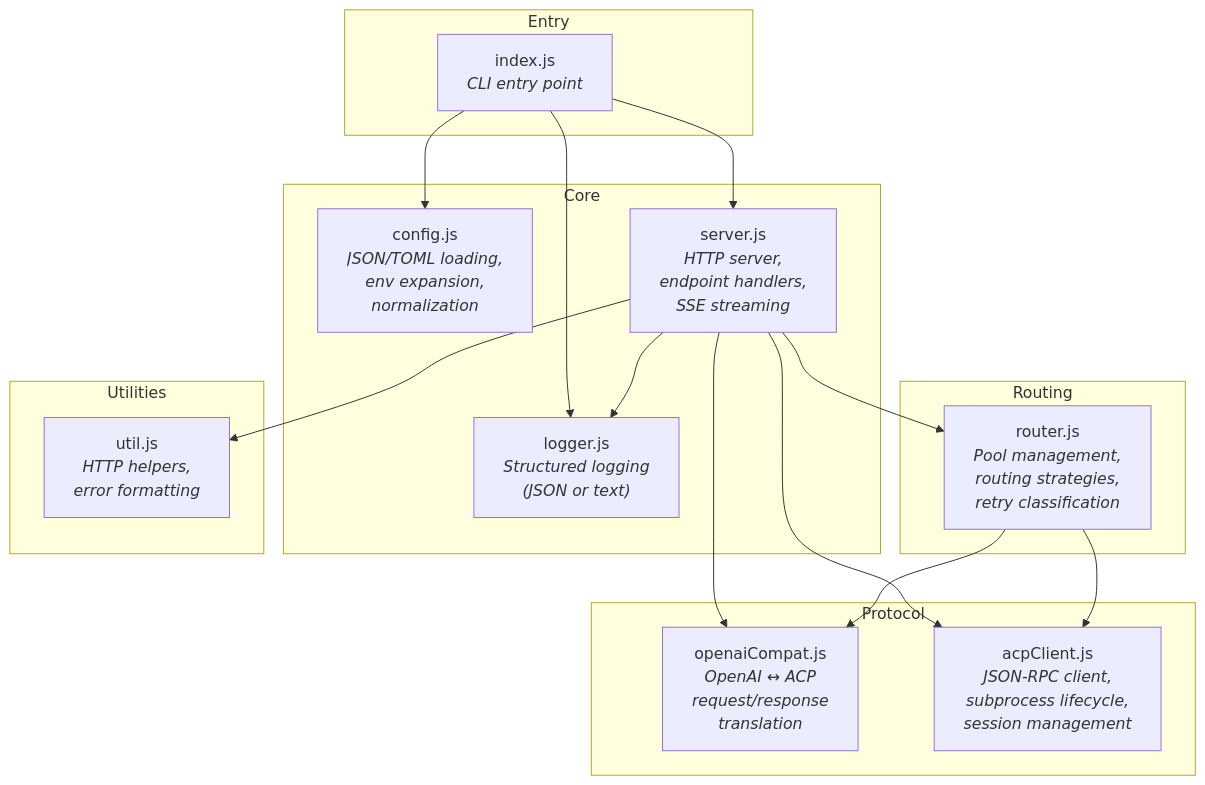
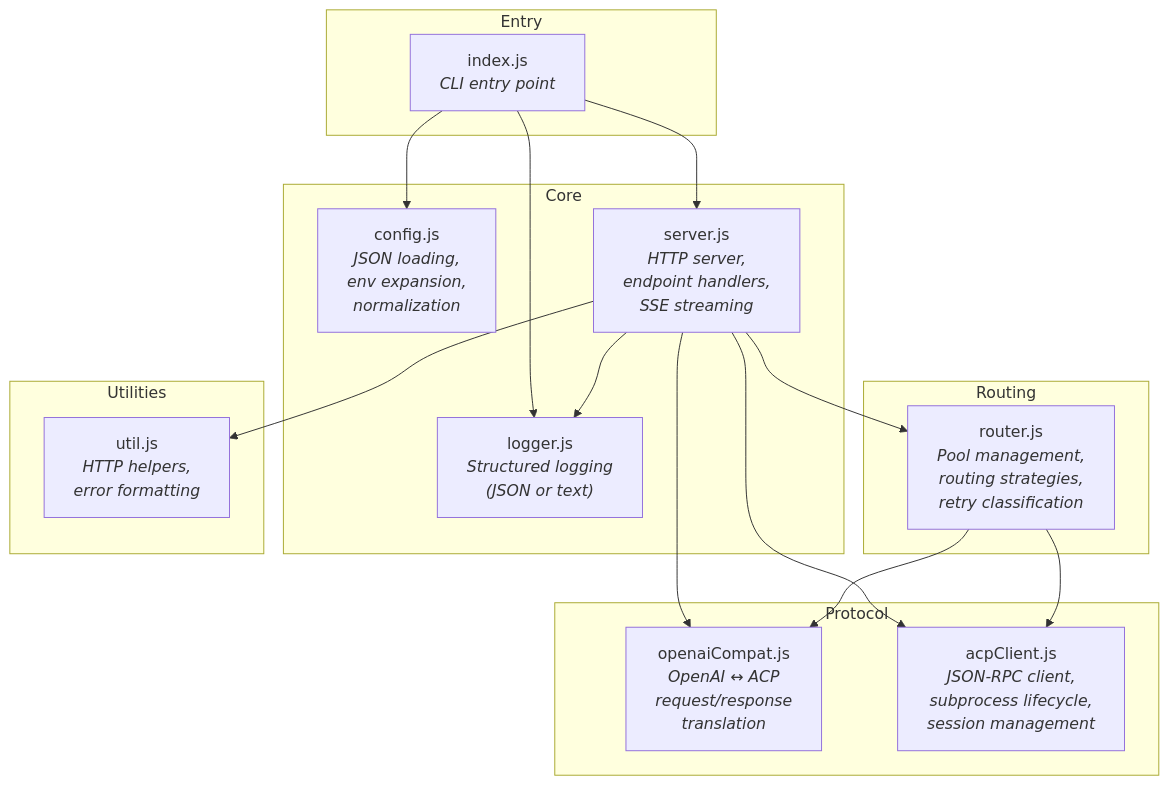
Before and after one commit to jetnet/acp-openai-proxy: the second of 12 diagrams in docs/ARCHITECTURE.md, drawn with Mermaid. The commit also changed other lines of this file and 12 other files, not shown here.

````diff
--- a/docs/ARCHITECTURE.md
+++ b/docs/ARCHITECTURE.md
@@ -67,38 +67,38 @@
 ```mermaid
 graph TD
     subgraph Entry
         INDEX["index.js<br/><i>CLI entry point</i>"]
     end
 
     subgraph Core
-        CONFIG["config.js<br/><i>JSON/TOML loading,<br/>env expansion,<br/>normalization</i>"]
+        CONFIG["config.js<br/><i>JSON loading,<br/>env expansion,<br/>normalization</i>"]
         LOGGER["logger.js<br/><i>Structured logging<br/>(JSON or text)</i>"]
         SERVER["server.js<br/><i>HTTP server,<br/>endpoint handlers,<br/>SSE streaming</i>"]
     end
 
     subgraph Protocol
         COMPAT["openaiCompat.js<br/><i>OpenAI ↔ ACP<br/>request/response<br/>translation</i>"]
         ACP["acpClient.js<br/><i>JSON-RPC client,<br/>subprocess lifecycle,<br/>session management</i>"]
     end
 
     subgraph Routing
         ROUTER["router.js<br/><i>Pool management,<br/>routing strategies,<br/>retry classification</i>"]
     end
 
     subgraph Utilities
         UTIL["util.js<br/><i>HTTP helpers,<br/>error formatting</i>"]
     end
 
     INDEX --> CONFIG
     INDEX --> LOGGER
     INDEX --> SERVER
 
     SERVER --> COMPAT
     SERVER --> ROUTER
     SERVER --> ACP
     SERVER --> UTIL
     SERVER --> LOGGER
 
     ROUTER --> ACP
     ROUTER --> COMPAT
 ```
````
